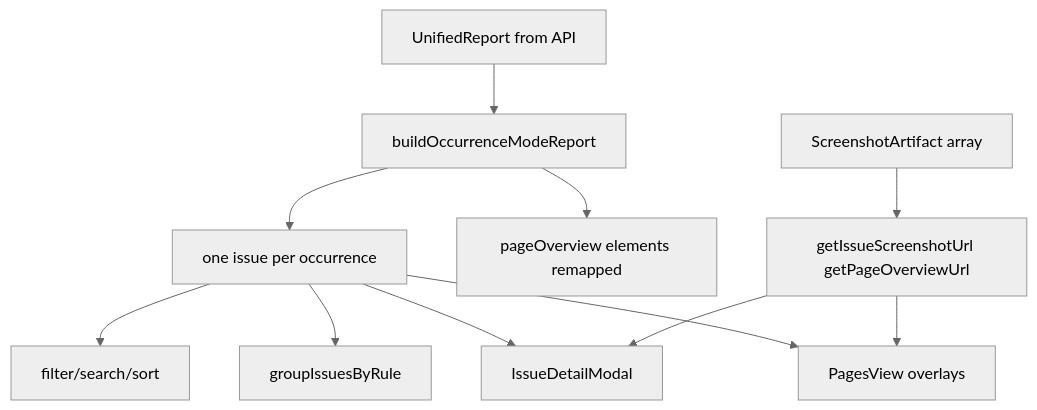
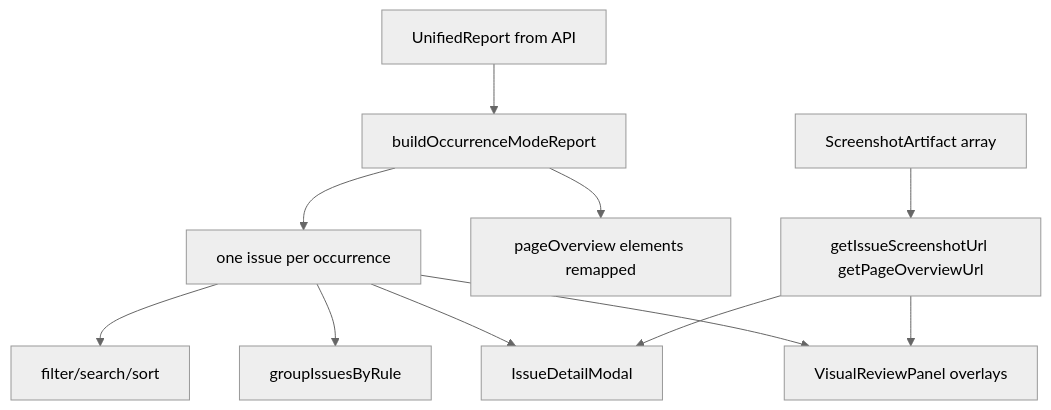
One commit to mattboback/stageflow changed the fourth of 4 diagrams in clients/web/docs/repo-map.md. Above: the diagram before and after it, drawn with Mermaid (neutral theme). The commit also changed other lines of this file and 31 other files, not shown here.

````diff
--- a/clients/web/docs/repo-map.md
+++ b/clients/web/docs/repo-map.md
@@ -237,13 +237,13 @@
 ```mermaid
 flowchart TD
   RawReport[UnifiedReport from API] --> OccurrenceMode[buildOccurrenceModeReport]
   OccurrenceMode --> ExpandedIssues[one issue per occurrence]
   OccurrenceMode --> RemappedOverlays[pageOverview elements remapped]
   ExpandedIssues --> Filters[filter/search/sort]
   ExpandedIssues --> Groups[groupIssuesByRule]
   ExpandedIssues --> Modal[IssueDetailModal]
-  ExpandedIssues --> Pages[PagesView overlays]
+  ExpandedIssues --> Pages[VisualReviewPanel overlays]
   Screenshots[ScreenshotArtifact array] --> ScreenshotLookup[getIssueScreenshotUrl getPageOverviewUrl]
   ScreenshotLookup --> Modal
   ScreenshotLookup --> Pages
 ```
````
